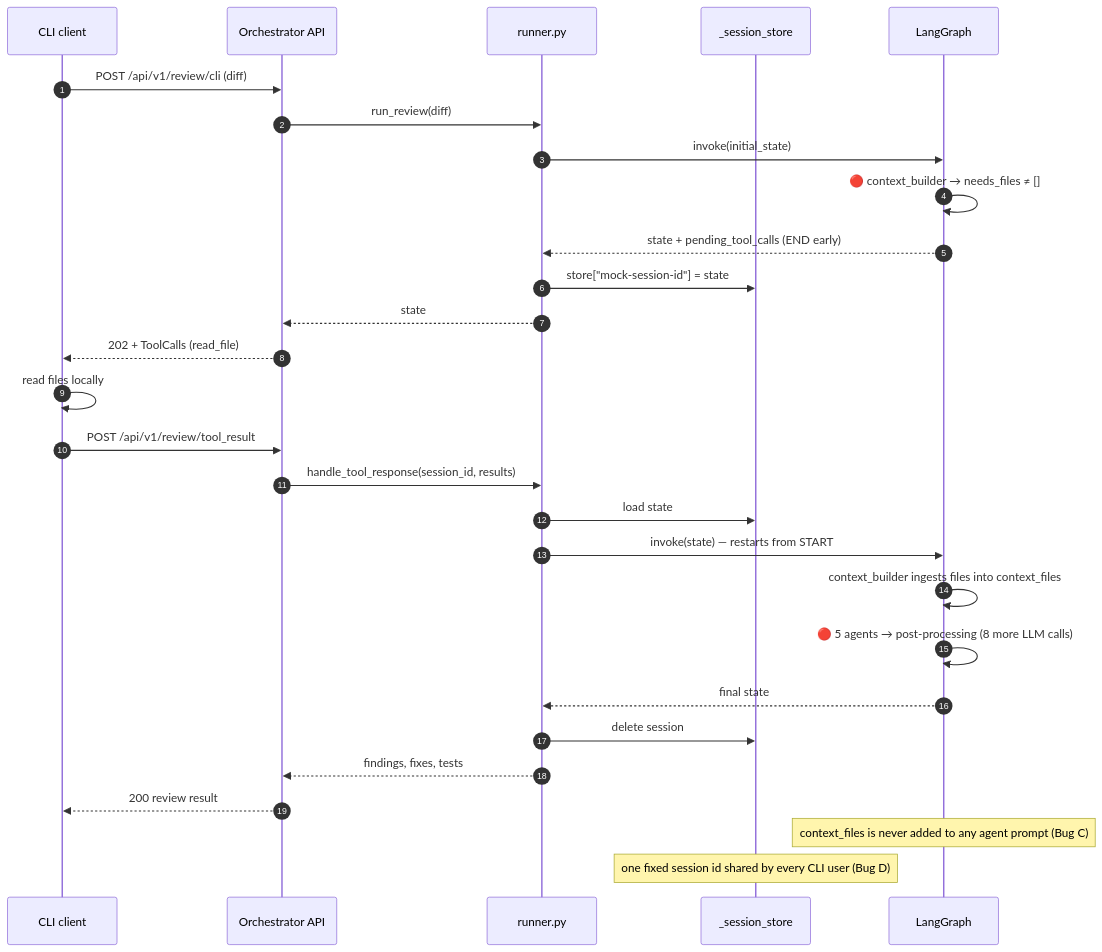
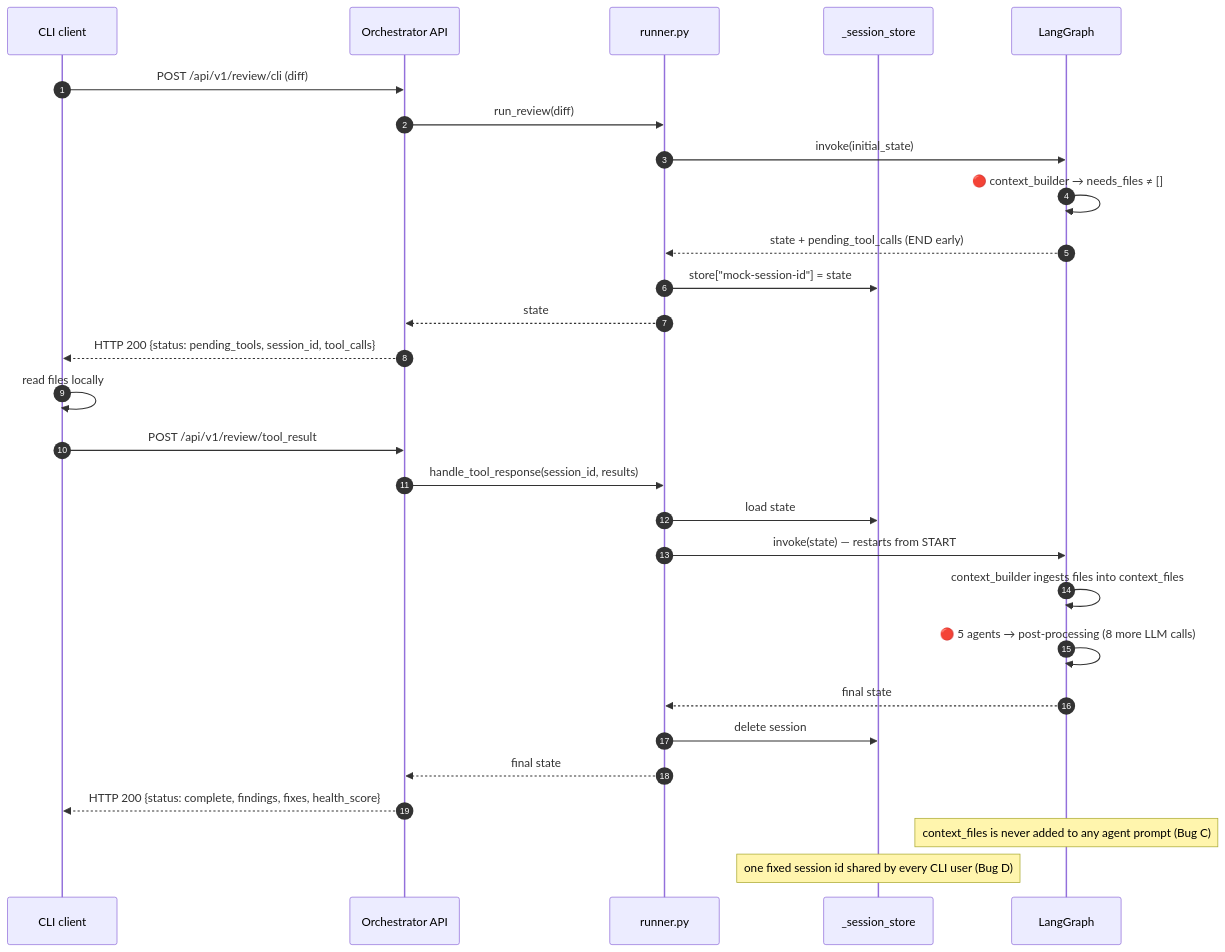
One commit to SUMIT74184/AI-prod-Suite changed the second of 4 diagrams in multi-agent-architecture.md. Above: the diagram before and after it, drawn with Mermaid. The commit also changed other lines of this file, not shown here.

````diff
--- a/multi-agent-architecture.md
+++ b/multi-agent-architecture.md
@@ -119,31 +119,31 @@
 ```mermaid
 sequenceDiagram
     autonumber
     participant C as CLI client
     participant O as Orchestrator API
     participant R as runner.py
     participant S as _session_store
     participant G as LangGraph
 
     C->>O: POST /api/v1/review/cli (diff)
     O->>R: run_review(diff)
     R->>G: invoke(initial_state)
     G->>G: 🔴 context_builder → needs_files ≠ []
     G-->>R: state + pending_tool_calls (END early)
     R->>S: store["mock-session-id"] = state
     R-->>O: state
-    O-->>C: 202 + ToolCalls (read_file)
+    O-->>C: HTTP 200 {status: pending_tools, session_id, tool_calls}
     C->>C: read files locally
     C->>O: POST /api/v1/review/tool_result
     O->>R: handle_tool_response(session_id, results)
     R->>S: load state
     R->>G: invoke(state) — restarts from START
     G->>G: context_builder ingests files into context_files
     G->>G: 🔴 5 agents → post-processing (8 more LLM calls)
     G-->>R: final state
     R->>S: delete session
-    R-->>O: findings, fixes, tests
-    O-->>C: 200 review result
+    R-->>O: final state
+    O-->>C: HTTP 200 {status: complete, findings, fixes, health_score}
     Note over G: context_files is never added to any agent prompt (Bug C)
     Note over S: one fixed session id shared by every CLI user (Bug D)
 ```
````
